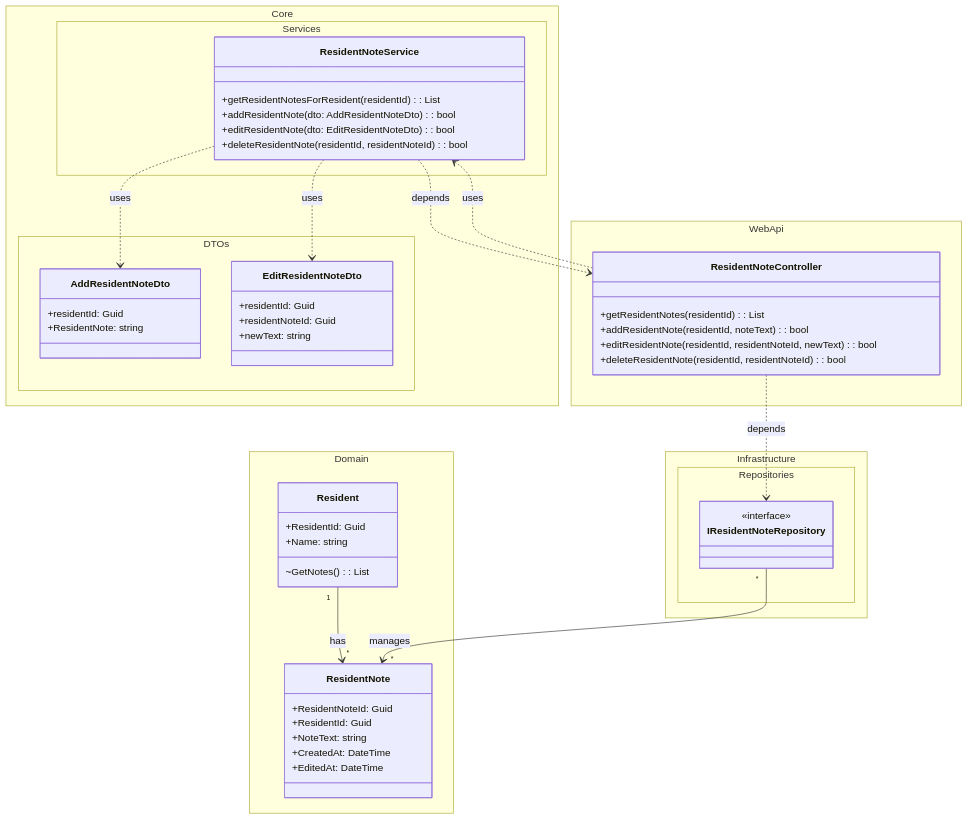
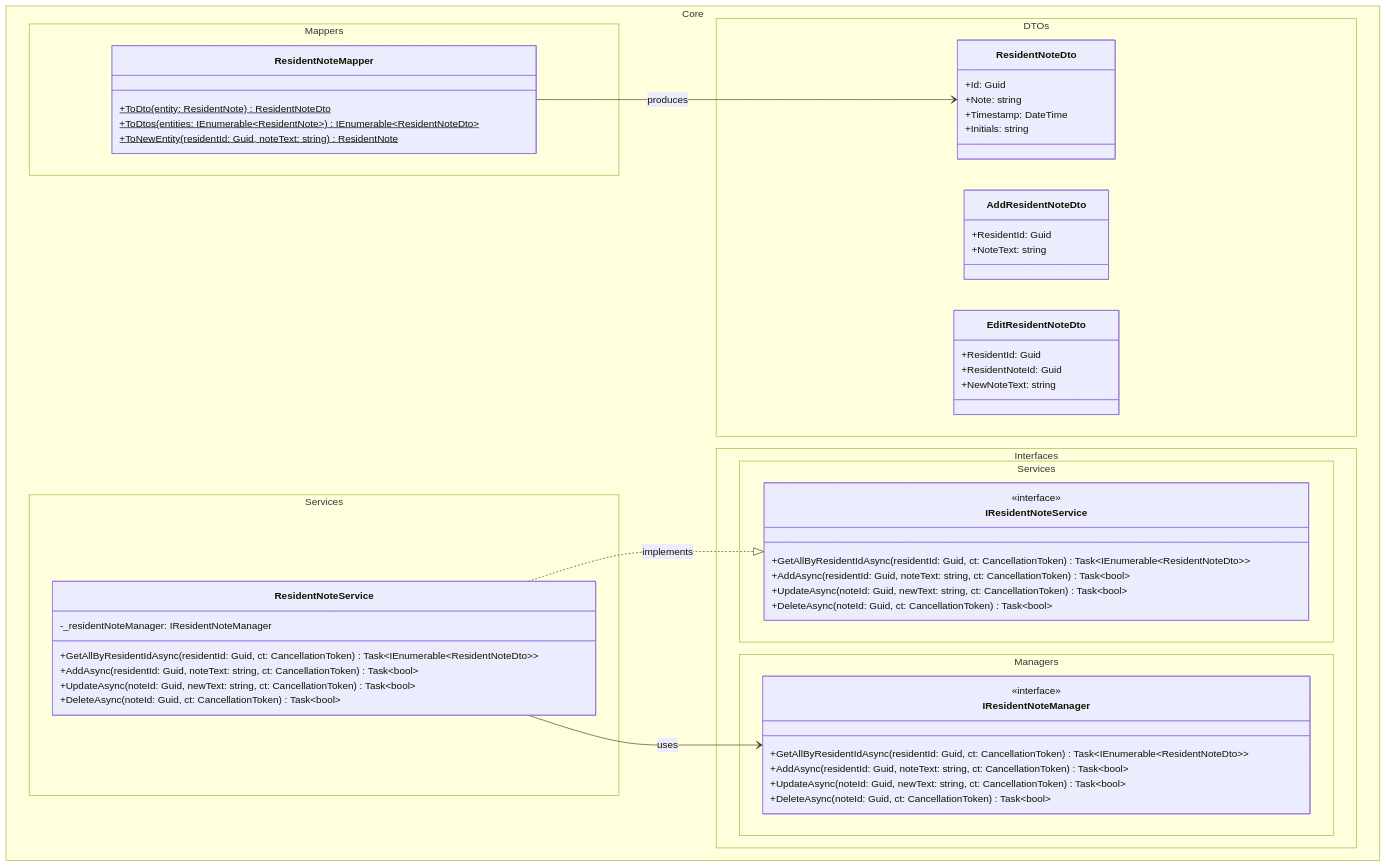
The second of 4 diagrams in docs/use-cases/uc-002-dashBoard-residentNote/uc-002.dcd.0001.md (DMOoF25-Team6/Slottets-Drifttavlen), drawn with Mermaid before and after one commit. The commit also changed other lines of this file and 1 other file, not shown here.

First line of the commit message:
docs: UC002 - sync SD and DCD with implemented architecture

````diff
--- a/docs/use-cases/uc-002-dashBoard-residentNote/uc-002.dcd.0001.md
+++ b/docs/use-cases/uc-002-dashBoard-residentNote/uc-002.dcd.0001.md
@@ -15,57 +37,57 @@
 ```mermaid
-%% UC-002 ResidentNote Domain Class Diagram
 classDiagram
-  namespace Domain {
-    class Resident {
-      +ResidentId: Guid
-      +Name: string
-      ~GetNotes(): List<ResidentNote>
+  namespace Core.DTOs {
+    class ResidentNoteDto {
+      +Id: Guid
+      +Note: string
+      +Timestamp: DateTime
+      +Initials: string
     }
-    class ResidentNote {
-      +ResidentNoteId: Guid
+    class AddResidentNoteDto {
       +ResidentId: Guid
       +NoteText: string
-      +CreatedAt: DateTime
-      +EditedAt: DateTime
+    }
+    class EditResidentNoteDto {
+      +ResidentId: Guid
+      +ResidentNoteId: Guid
+      +NewNoteText: string
     }
   }
-  namespace Core.DTOs {
-    class AddResidentNoteDto {
-      +residentId: Guid
-      +ResidentNote: string
+  namespace Core.Mappers {
+    class ResidentNoteMapper {
+      +ToDto(entity: ResidentNote) ResidentNoteDto$
+      +ToDtos(entities: IEnumerable~ResidentNote~) IEnumerable~ResidentNoteDto~$
+      +ToNewEntity(residentId: Guid, noteText: string) ResidentNote$
     }
-    class EditResidentNoteDto {
-      +residentId: Guid
-      +residentNoteId: Guid
-      +newText: string
+  }
+  namespace Core.Interfaces.Services {
+    class IResidentNoteService {
+      <<interface>>
+      +GetAllByResidentIdAsync(residentId: Guid, ct: CancellationToken) Task~IEnumerable~ResidentNoteDto~~
+      +AddAsync(residentId: Guid, noteText: string, ct: CancellationToken) Task~bool~
+      +UpdateAsync(noteId: Guid, newText: string, ct: CancellationToken) Task~bool~
+      +DeleteAsync(noteId: Guid, ct: CancellationToken) Task~bool~
+    }
+  }
+  namespace Core.Interfaces.Managers {
+    class IResidentNoteManager {
+      <<interface>>
+      +GetAllByResidentIdAsync(residentId: Guid, ct: CancellationToken) Task~IEnumerable~ResidentNoteDto~~
+      +AddAsync(residentId: Guid, noteText: string, ct: CancellationToken) Task~bool~
+      +UpdateAsync(noteId: Guid, newText: string, ct: CancellationToken) Task~bool~
+      +DeleteAsync(noteId: Guid, ct: CancellationToken) Task~bool~
     }
   }
   namespace Core.Services {
     class ResidentNoteService {
-      +getResidentNotesForResident(residentId): List<ResidentNote>
-      +addResidentNote(dto: AddResidentNoteDto): bool
-      +editResidentNote(dto: EditResidentNoteDto): bool
-      +deleteResidentNote(residentId, residentNoteId): bool
+      -_residentNoteManager: IResidentNoteManager
+      +GetAllByResidentIdAsync(residentId: Guid, ct: CancellationToken) Task~IEnumerable~ResidentNoteDto~~
+      +AddAsync(residentId: Guid, noteText: string, ct: CancellationToken) Task~bool~
+      +UpdateAsync(noteId: Guid, newText: string, ct: CancellationToken) Task~bool~
+      +DeleteAsync(noteId: Guid, ct: CancellationToken) Task~bool~
     }
   }
-  namespace WebApi {
-    class ResidentNoteController {
-        +getResidentNotes(residentId): List<ResidentNote>
-        +addResidentNote(residentId, noteText): bool
-        +editResidentNote(residentId, residentNoteId, newText): bool
-        +deleteResidentNote(residentId, residentNoteId): bool
-    }
-  }
-  namespace Infrastructure.Repositories {
-    class IResidentNoteRepository {
-    <<interface>>
-    }
-  }
-  Resident "1" --> "*" ResidentNote : has
-  ResidentNoteController ..> ResidentNoteService : uses
-  ResidentNoteService ..> AddResidentNoteDto : uses
-  ResidentNoteService ..> EditResidentNoteDto : uses
-  ResidentNoteService ..> ResidentNoteController : depends
-  ResidentNoteController ..> IResidentNoteRepository : depends
-  IResidentNoteRepository "*" --> "*" ResidentNote : manages
+  ResidentNoteService ..|> IResidentNoteService : implements
+  ResidentNoteService --> IResidentNoteManager : uses
+  ResidentNoteMapper --> ResidentNoteDto : produces
 ```
````
